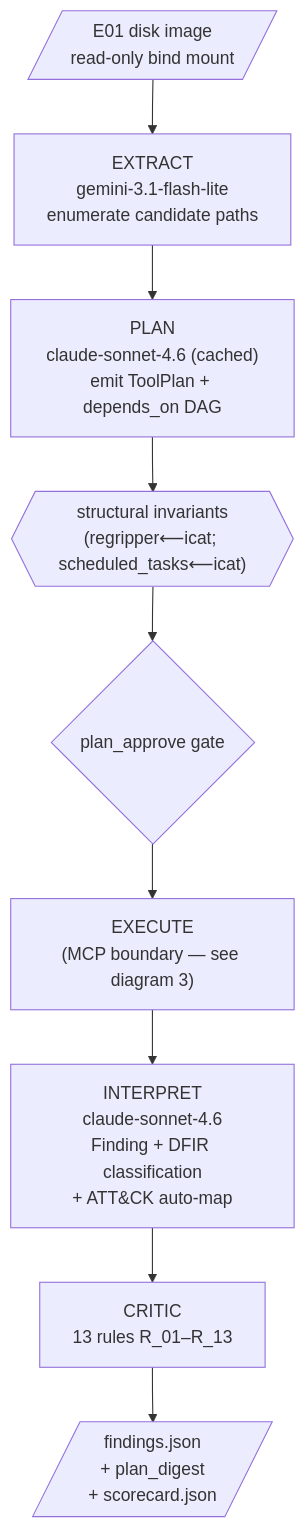
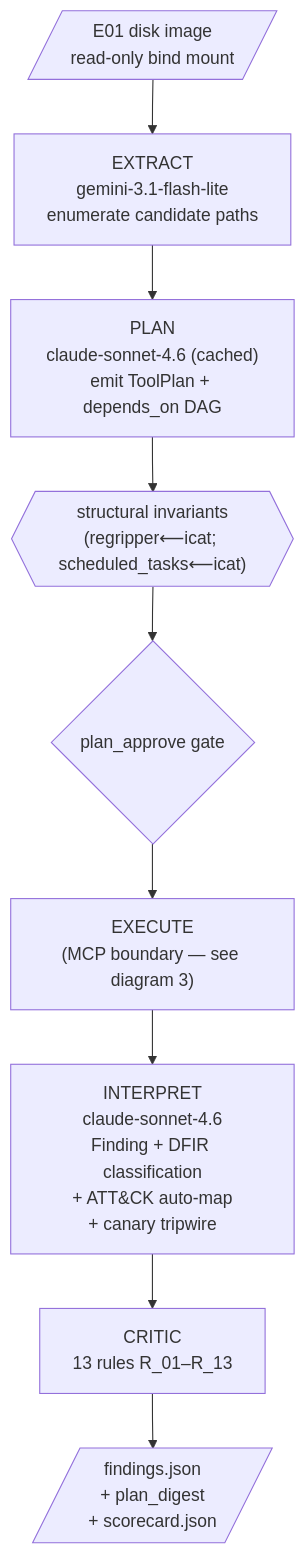
One commit to charanbobby/sift-sentinel changed the first of 4 diagrams in docs/planning/architecture-detailed.md. Above: the diagram before and after it, drawn with Mermaid. The commit also changed other lines of this file and 5 other files, not shown here.

First line of the commit message:
docs(slice5/tier1): architecture + runbook sync for all four Tier-1 AI-adversary items

````diff
--- a/docs/planning/architecture-detailed.md
+++ b/docs/planning/architecture-detailed.md
@@ -54,14 +54,14 @@
 ```mermaid
 flowchart TB
     E01[/"E01 disk image<br/>read-only bind mount"/]
     EXTRACT["EXTRACT<br/>gemini-3.1-flash-lite<br/>enumerate candidate paths"]
     PLAN["PLAN<br/>claude-sonnet-4.6 (cached)<br/>emit ToolPlan + depends_on DAG"]
     INV{{"structural invariants<br/>(regripper⟵icat; scheduled_tasks⟵icat)"}}
     APPROVE{"plan_approve gate"}
     EXEC["EXECUTE<br/>(MCP boundary — see diagram 3)"]
-    INT["INTERPRET<br/>claude-sonnet-4.6<br/>Finding + DFIR classification<br/>+ ATT&CK auto-map"]
+    INT["INTERPRET<br/>claude-sonnet-4.6<br/>Finding + DFIR classification<br/>+ ATT&CK auto-map<br/>+ canary tripwire"]
     CRIT["CRITIC<br/>13 rules R_01–R_13"]
     OUT[/"findings.json<br/>+ plan_digest<br/>+ scorecard.json"/]
 
     E01 --> EXTRACT --> PLAN --> INV --> APPROVE --> EXEC --> INT --> CRIT --> OUT
 ```
````
